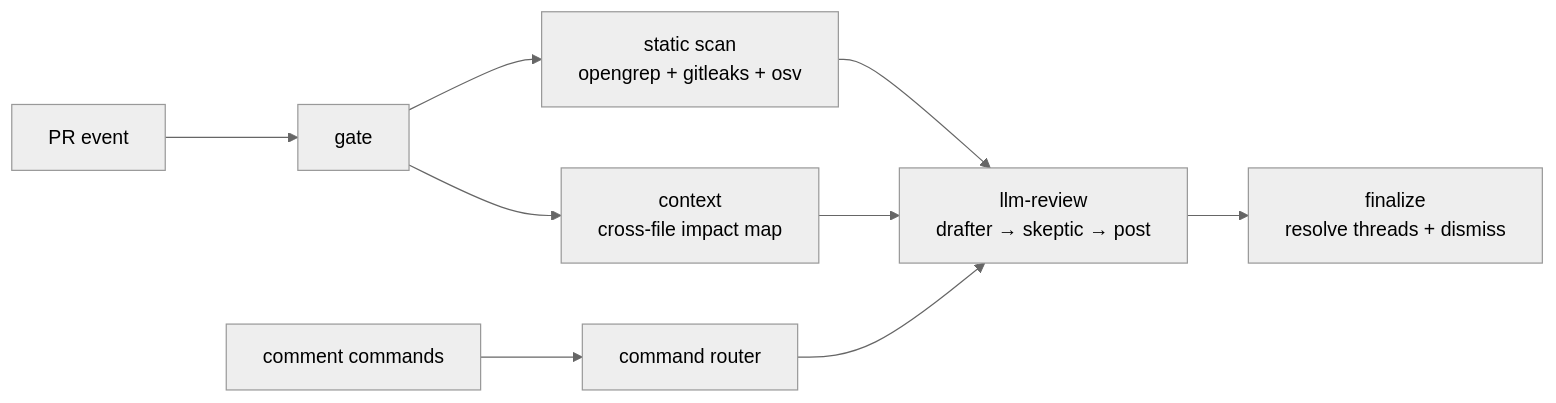
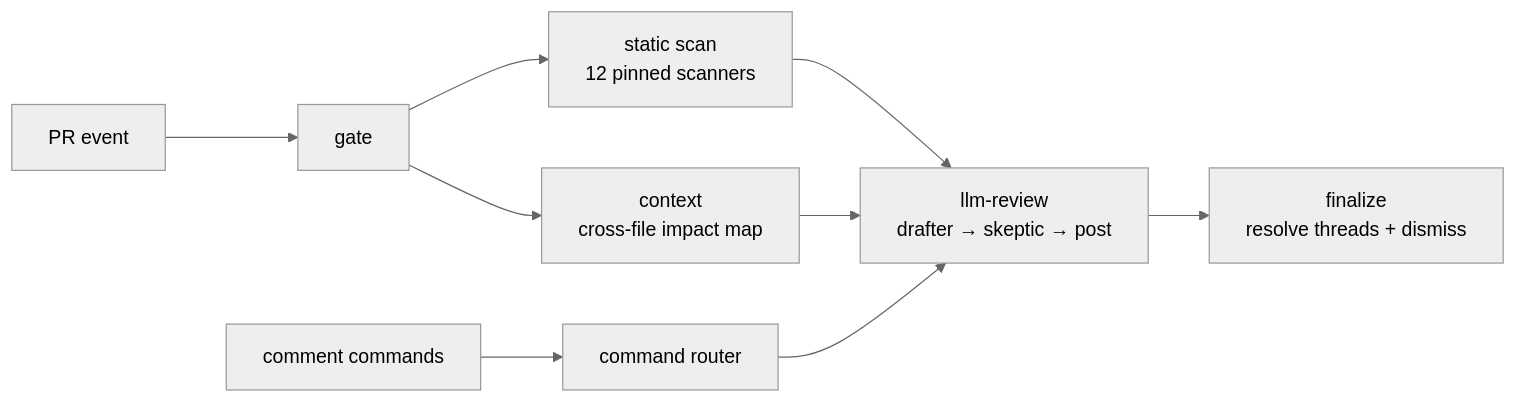
The diagram in README.md (Divkix/ai-review), drawn with Mermaid (neutral theme) before and after one commit. The commit also changed other lines of this file and 10 other files, not shown here.

First line of the commit message:
feat: expand static roster to 12 pinned scanners with stack detection (Plan 013, #29)

````diff
--- a/README.md
+++ b/README.md
@@ -9,11 +9,11 @@
 ```mermaid
 flowchart LR
     A[PR event] --> B[gate]
-    B --> C[static scan<br/>opengrep + gitleaks + osv]
+    B --> C[static scan<br/>12 pinned scanners]
     B --> H[context<br/>cross-file impact map]
     C --> D[llm-review<br/>drafter → skeptic → post]
     H --> D
     D --> E[finalize<br/>resolve threads + dismiss]
     F[comment commands] --> G[command router]
     G --> D
 ```
````
